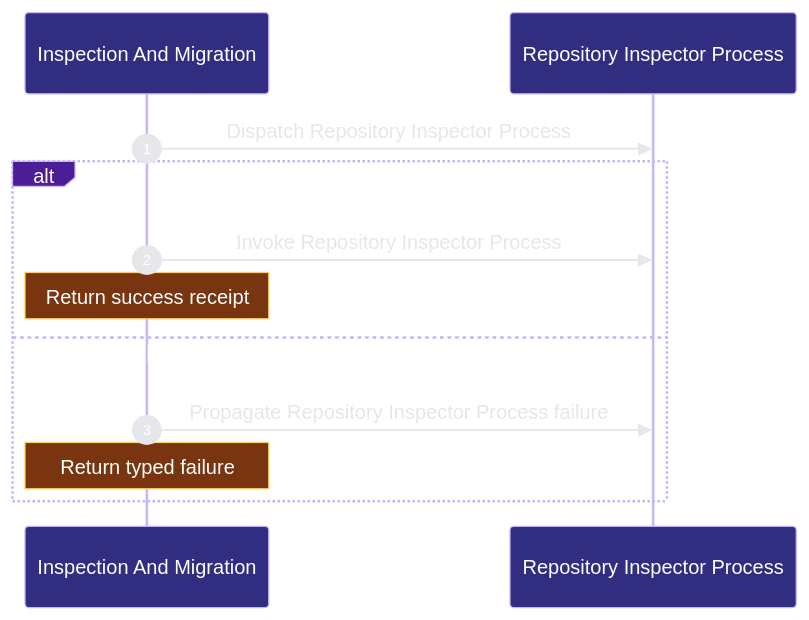
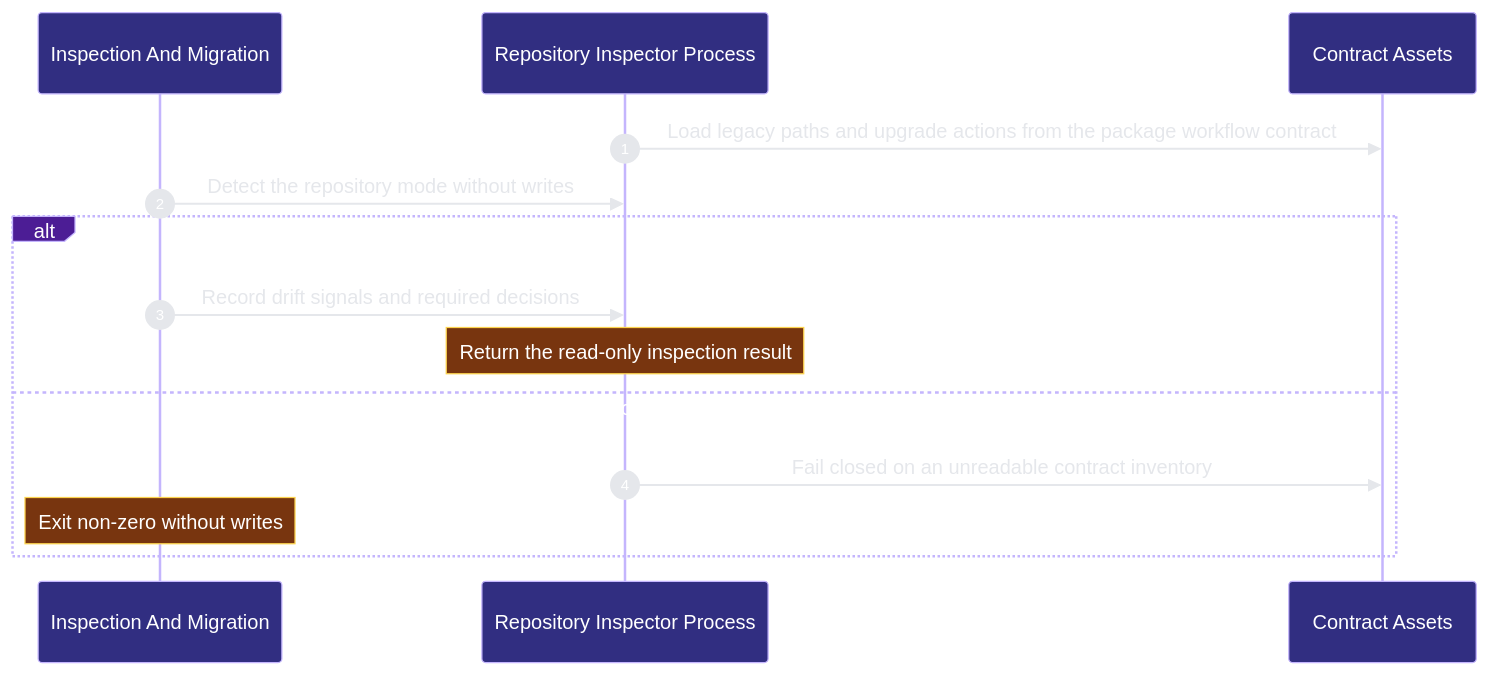
Before and after one commit to Ancienttwo/repo-harness: the second of 2 diagrams in docs/architecture/modules/workflow-engine/inspection-migration.md, drawn with Mermaid. The commit also changed other lines of this file and 50 other files, not shown here.

First line of the commit message:
arch(workflow-engine): model workflow-state and execution-primitives, decompose contract-assets

````diff
--- a/docs/architecture/modules/workflow-engine/inspection-migration.md
+++ b/docs/architecture/modules/workflow-engine/inspection-migration.md
@@ -55,15 +57,17 @@
 ```mermaid
 %%{init: {"theme":"base","themeVariables":{"background":"#0d1117","actorBkg":"#312e81","actorBorder":"#c4b5fd","actorTextColor":"#ffffff","signalColor":"#e5e7eb","signalTextColor":"#e5e7eb","labelBoxBkgColor":"#4c1d95","labelBoxBorderColor":"#c4b5fd","labelTextColor":"#ffffff","noteBkgColor":"#78350f","noteBorderColor":"#fcd34d","noteTextColor":"#ffffff","sequenceNumberColor":"#ffffff"}}}%%
 sequenceDiagram
   autonumber
   participant p2_capability_4262990f as Inspection And Migration
-  participant p2_component_7b8d80ff as Repository Inspector Process
-  p2_capability_4262990f->>p2_component_7b8d80ff: Dispatch Repository Inspector Process
-  alt Inspect before migration completes
-  p2_capability_4262990f->>p2_component_7b8d80ff: Invoke Repository Inspector Process
-    Note over p2_capability_4262990f: Return success receipt
-  else Inspect before migration is rejected or fails
-  p2_capability_4262990f->>p2_component_7b8d80ff: Propagate Repository Inspector Process failure
-    Note over p2_capability_4262990f: Return typed failure
+  participant p2_inspector_e0e36519 as Repository Inspector Process
+  participant p2_contract_304aeb6a as Contract Assets
+  p2_inspector_e0e36519->>p2_contract_304aeb6a: Load legacy paths and upgrade actions from the package workflow contract
+  p2_capability_4262990f->>p2_inspector_e0e36519: Detect the repository mode without writes
+  alt Inspection completes
+  p2_capability_4262990f->>p2_inspector_e0e36519: Record drift signals and required decisions
+    Note over p2_inspector_e0e36519: Return the read-only inspection result
+  else The package contract is missing or malformed
+  p2_inspector_e0e36519->>p2_contract_304aeb6a: Fail closed on an unreadable contract inventory
+    Note over p2_capability_4262990f: Exit non-zero without writes
   end
 ```
````
